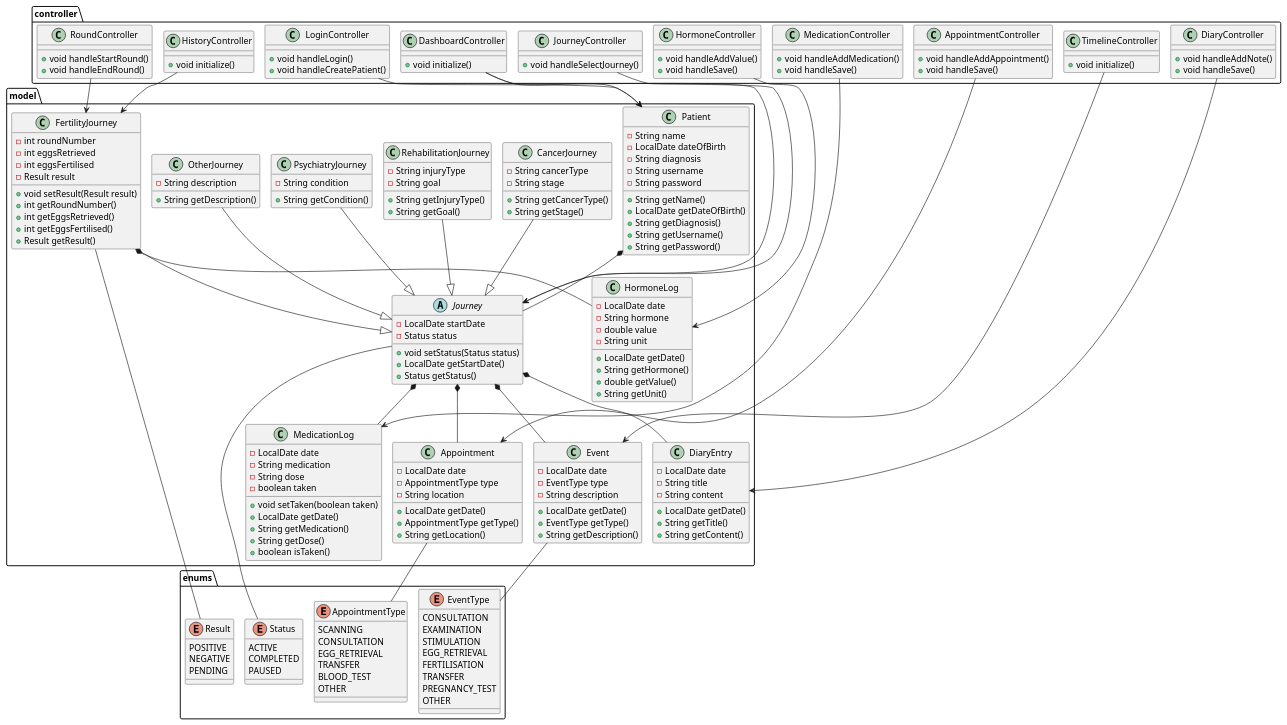
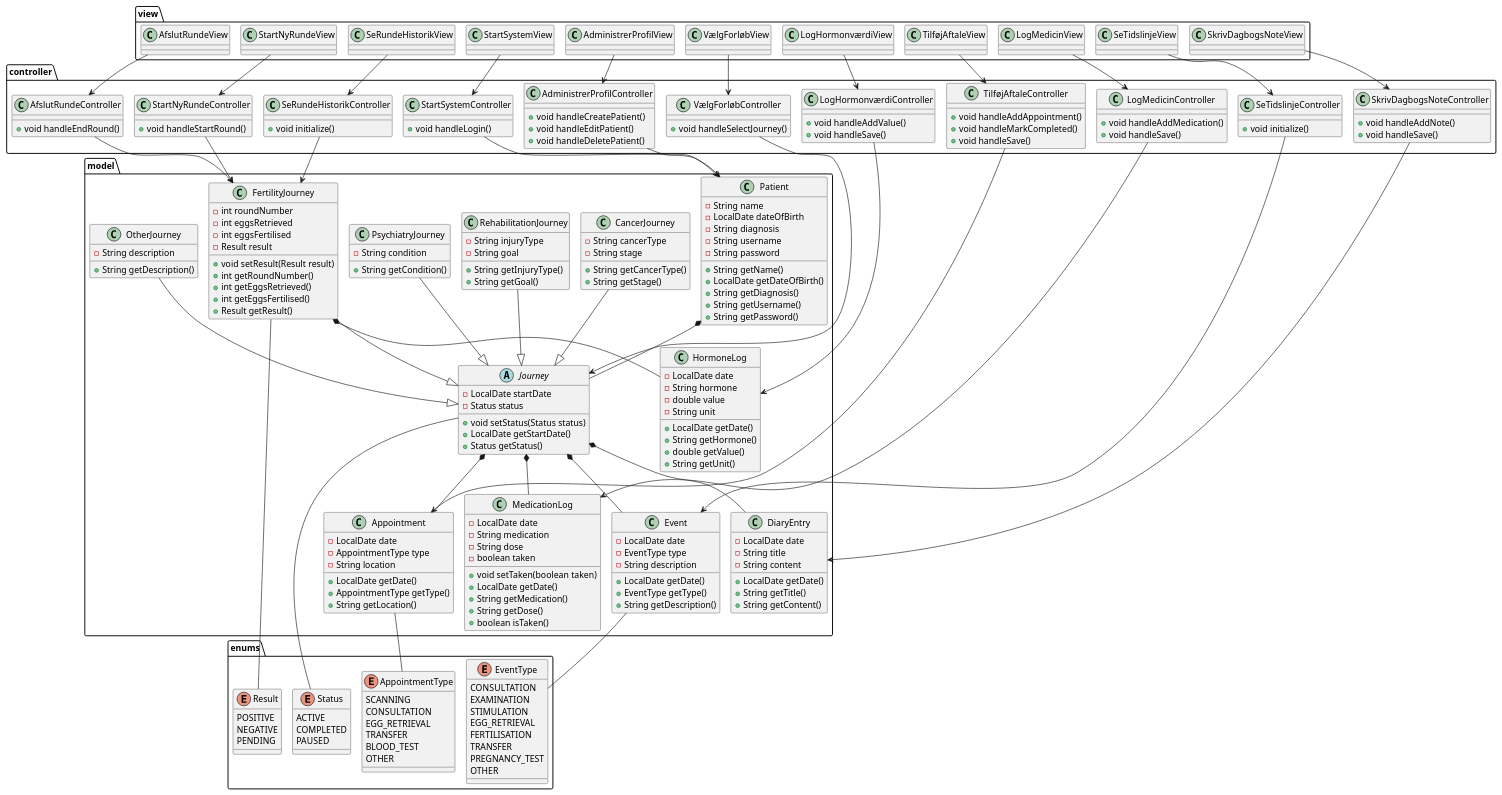
One commit to BesimaP/SP4---MiniSP changed the diagram in doc/static/Klassediagram3.puml. Above: the diagram before and after it, drawn with PlantUML. The commit also changed 5 other files, not shown here.

Commit message:
opdateret usecases, domænemodel og Klassediagram3.puml

```diff
--- a/doc/static/Klassediagram3.puml
+++ b/doc/static/Klassediagram3.puml
@@ -110,51 +110,70 @@
   }
 }
 
+package "view" {
+  class StartSystemView
+  class AdministrerProfilView
+  class VælgForløbView
+  class StartNyRundeView
+  class TilføjAftaleView
+  class LogHormonværdiView
+  class LogMedicinView
+  class SeTidslinjeView
+  class SkrivDagbogsNoteView
+  class SeRundeHistorikView
+  class AfslutRundeView
+}
+
 package "controller" {
-  class LoginController {
+  class StartSystemController {
     + void handleLogin()
-    + void handleCreatePatient()
   }
 
-  class DashboardController {
-    + void initialize()
+  class AdministrerProfilController {
+    + void handleCreatePatient()
+    + void handleEditPatient()
+    + void handleDeletePatient()
   }
 
-  class JourneyController {
+  class VælgForløbController {
     + void handleSelectJourney()
   }
 
-  class RoundController {
+  class StartNyRundeController {
     + void handleStartRound()
-    + void handleEndRound()
   }
 
-  class MedicationController {
+  class TilføjAftaleController {
+    + void handleAddAppointment()
+    + void handleMarkCompleted()
+    + void handleSave()
+  }
+
+  class LogHormonværdiController {
+    + void handleAddValue()
+    + void handleSave()
+  }
+
+  class LogMedicinController {
     + void handleAddMedication()
     + void handleSave()
   }
 
-  class HormoneController {
-    + void handleAddValue()
-    + void handleSave()
-  }
-
-  class AppointmentController {
-    + void handleAddAppointment()
-    + void handleSave()
-  }
-
-  class TimelineController {
+  class SeTidslinjeController {
     + void initialize()
   }
 
-  class DiaryController {
+  class SkrivDagbogsNoteController {
     + void handleAddNote()
     + void handleSave()
   }
 
-  class HistoryController {
+  class SeRundeHistorikController {
     + void initialize()
+  }
+
+  class AfslutRundeController {
+    + void handleEndRound()
   }
 }
 
@@ -192,18 +211,31 @@
   }
 }
 
+' VIEW -> CONTROLLER
+StartSystemView --> StartSystemController
+AdministrerProfilView --> AdministrerProfilController
+VælgForløbView --> VælgForløbController
+StartNyRundeView --> StartNyRundeController
+TilføjAftaleView --> TilføjAftaleController
+LogHormonværdiView --> LogHormonværdiController
+LogMedicinView --> LogMedicinController
+SeTidslinjeView --> SeTidslinjeController
+SkrivDagbogsNoteView --> SkrivDagbogsNoteController
+SeRundeHistorikView --> SeRundeHistorikController
+AfslutRundeView --> AfslutRundeController
+
 ' CONTROLLER -> MODEL
-LoginController --> Patient
-DashboardController --> Patient
-DashboardController --> Journey
-JourneyController --> Journey
-RoundController --> FertilityJourney
-MedicationController --> MedicationLog
-HormoneController --> HormoneLog
-AppointmentController --> Appointment
-TimelineController --> Event
-DiaryController --> DiaryEntry
-HistoryController --> FertilityJourney
+StartSystemController --> Patient
+AdministrerProfilController --> Patient
+VælgForløbController --> Journey
+StartNyRundeController --> FertilityJourney
+TilføjAftaleController --> Appointment
+LogHormonværdiController --> HormoneLog
+LogMedicinController --> MedicationLog
+SeTidslinjeController --> Event
+SkrivDagbogsNoteController --> DiaryEntry
+SeRundeHistorikController --> FertilityJourney
+AfslutRundeController --> FertilityJourney
 
 ' INHERITANCE
 FertilityJourney --|> Journey
```
